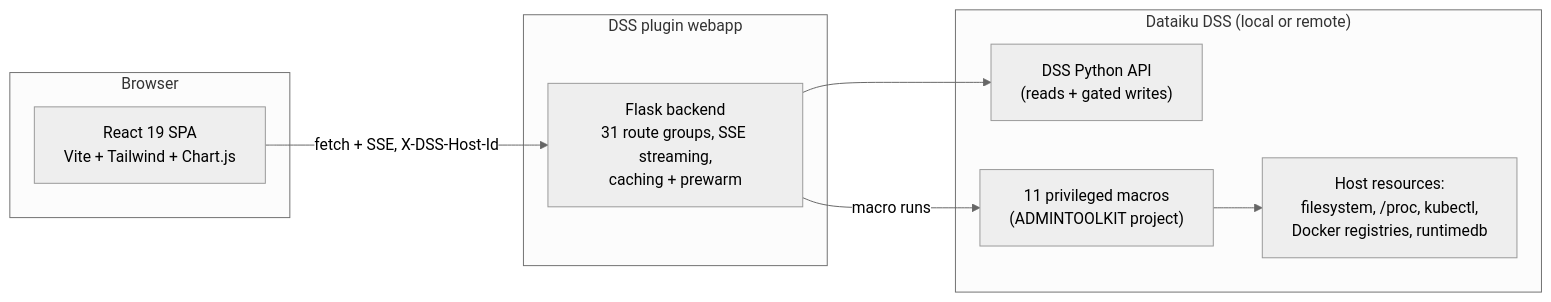
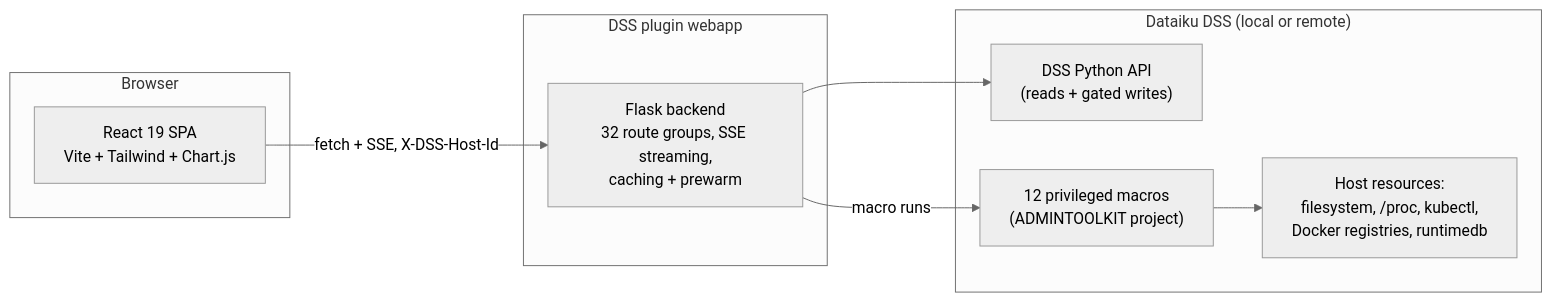
One commit to gozu/admin-toolkit changed the diagram in README.md. Above: the diagram before and after it, drawn with Mermaid (neutral theme). The commit also changed other lines of this file and 1 other file, not shown here.

First line of the commit message:
maintenance: README badge/counts/page-index sync (32 pages, 32 route groups, 12 macros, Agent Tuning row), package-lock version align

````diff
--- a/README.md
+++ b/README.md
@@ -145,18 +146,18 @@
 ```mermaid
 flowchart LR
     subgraph Browser
         SPA["React 19 SPA<br/>Vite + Tailwind + Chart.js"]
     end
     subgraph Webapp["DSS plugin webapp"]
-        API["Flask backend<br/>31 route groups, SSE streaming,<br/>caching + prewarm"]
+        API["Flask backend<br/>32 route groups, SSE streaming,<br/>caching + prewarm"]
     end
     subgraph DSS["Dataiku DSS (local or remote)"]
         PYAPI["DSS Python API<br/>(reads + gated writes)"]
-        MACROS["11 privileged macros<br/>(ADMINTOOLKIT project)"]
+        MACROS["12 privileged macros<br/>(ADMINTOOLKIT project)"]
         HOST["Host resources:<br/>filesystem, /proc, kubectl,<br/>Docker registries, runtimedb"]
     end
     SPA -->|"fetch + SSE, X-DSS-Host-Id"| API
     API --> PYAPI
     API -->|macro runs| MACROS
     MACROS --> HOST
 ```
````
